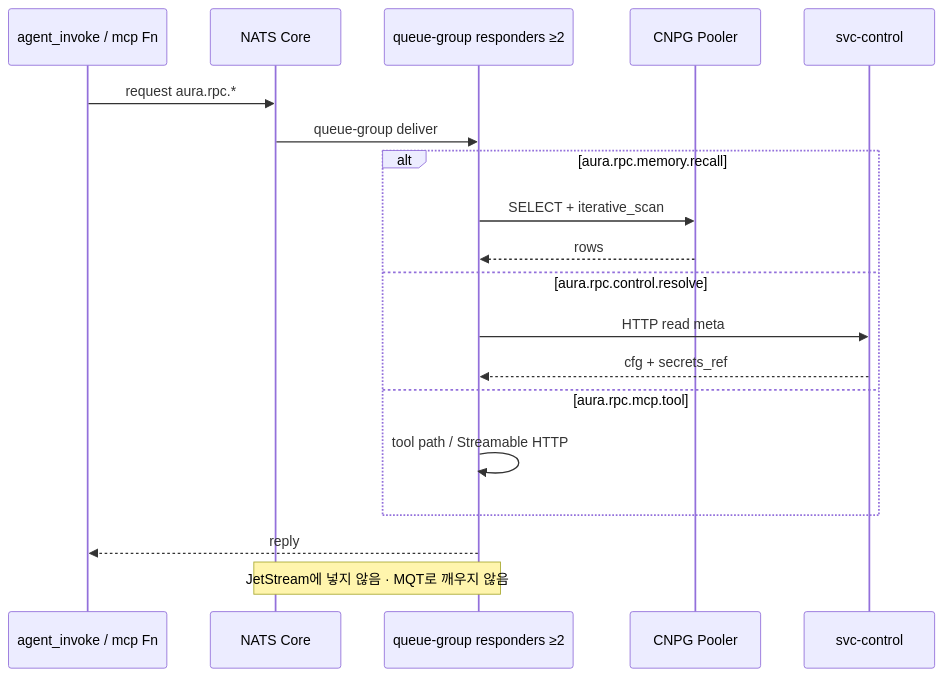
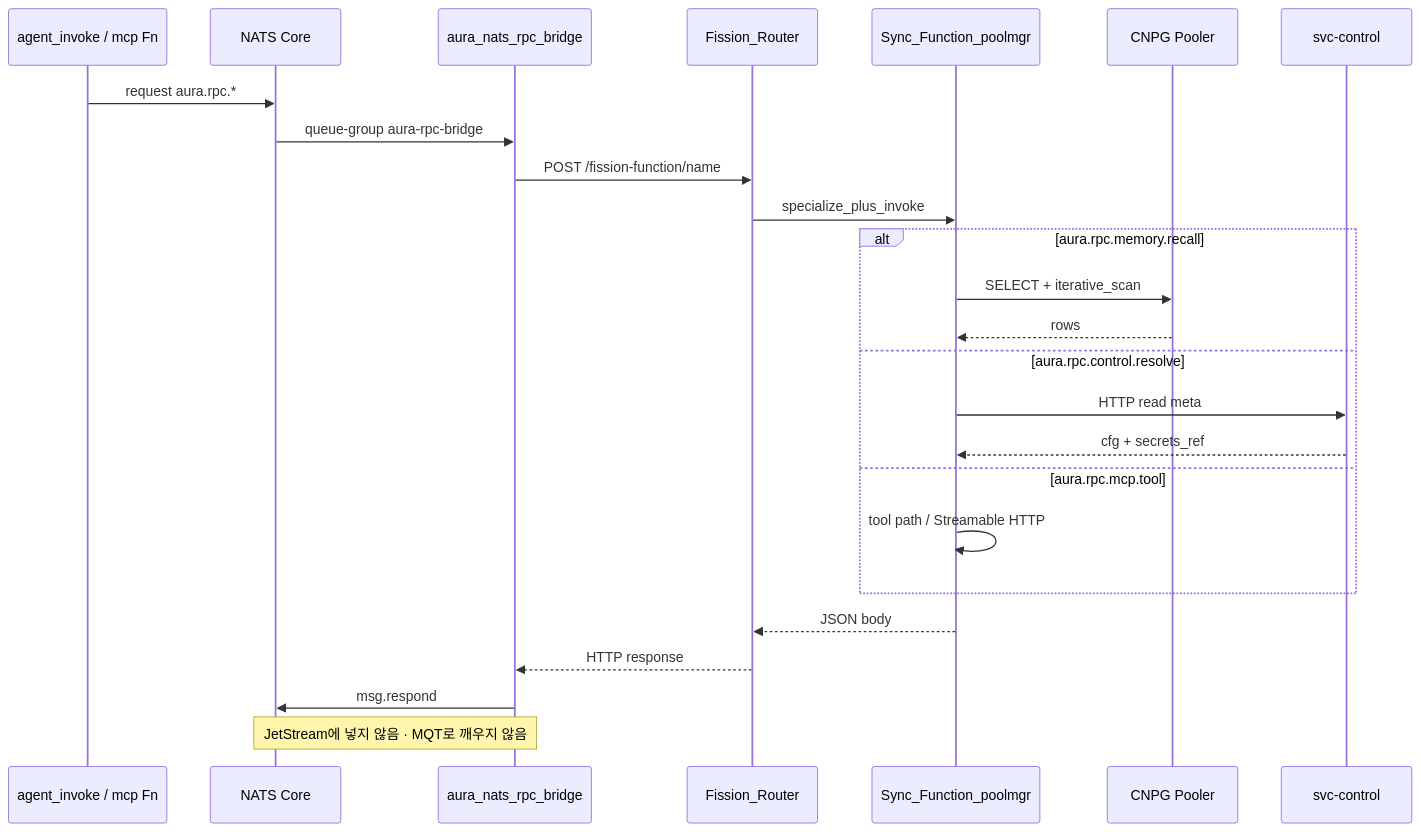
The sixth of 6 diagrams in MESSAGE-FLOW.md (yoosungung/aura), drawn with Mermaid before and after one commit. The commit also changed other lines of this file and 87 other files, not shown here.

First line of the commit message:
Unify sync RPC via shared NATS→Fission bridge and poolmgr Warm.

````diff
--- a/MESSAGE-FLOW.md
+++ b/MESSAGE-FLOW.md
@@ -232,22 +236,28 @@
 ```mermaid
 sequenceDiagram
   participant AI as agent_invoke / mcp Fn
   participant NATS as NATS Core
-  participant Q as queue-group responders ≥2
+  participant Bridge as aura_nats_rpc_bridge
+  participant Router as Fission_Router
+  participant Fn as Sync_Function_poolmgr
   participant Pool as CNPG Pooler
   participant Ctrl as svc-control
 
   AI->>NATS: request aura.rpc.*
-  NATS->>Q: queue-group deliver
+  NATS->>Bridge: queue-group aura-rpc-bridge
+  Bridge->>Router: POST /fission-function/name
+  Router->>Fn: specialize_plus_invoke
   alt aura.rpc.memory.recall
-    Q->>Pool: SELECT + iterative_scan
-    Pool-->>Q: rows
+    Fn->>Pool: SELECT + iterative_scan
+    Pool-->>Fn: rows
   else aura.rpc.control.resolve
-    Q->>Ctrl: HTTP read meta
-    Ctrl-->>Q: cfg + secrets_ref
+    Fn->>Ctrl: HTTP read meta
+    Ctrl-->>Fn: cfg + secrets_ref
   else aura.rpc.mcp.tool
-    Q->>Q: tool path / Streamable HTTP
+    Fn->>Fn: tool path / Streamable HTTP
   end
-  Q-->>AI: reply
-  Note over NATS,Q: JetStream에 넣지 않음 · MQT로 깨우지 않음
+  Fn-->>Router: JSON body
+  Router-->>Bridge: HTTP response
+  Bridge->>NATS: msg.respond
+  Note over NATS,Bridge: JetStream에 넣지 않음 · MQT로 깨우지 않음
 ```
````
